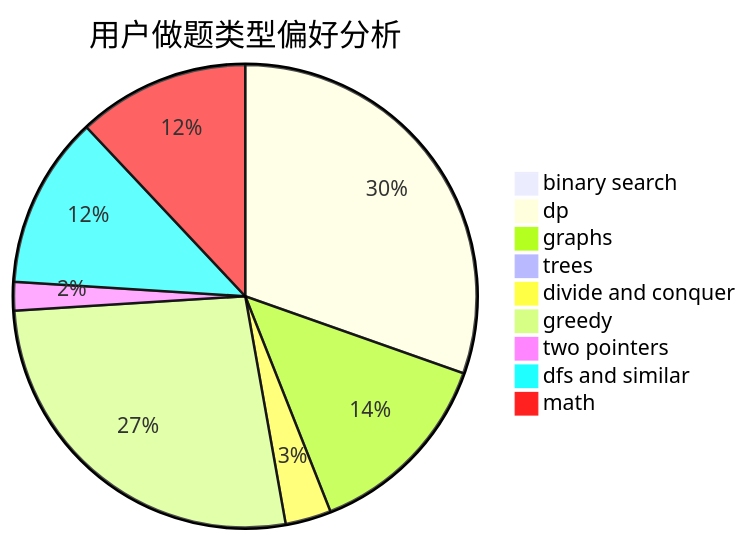
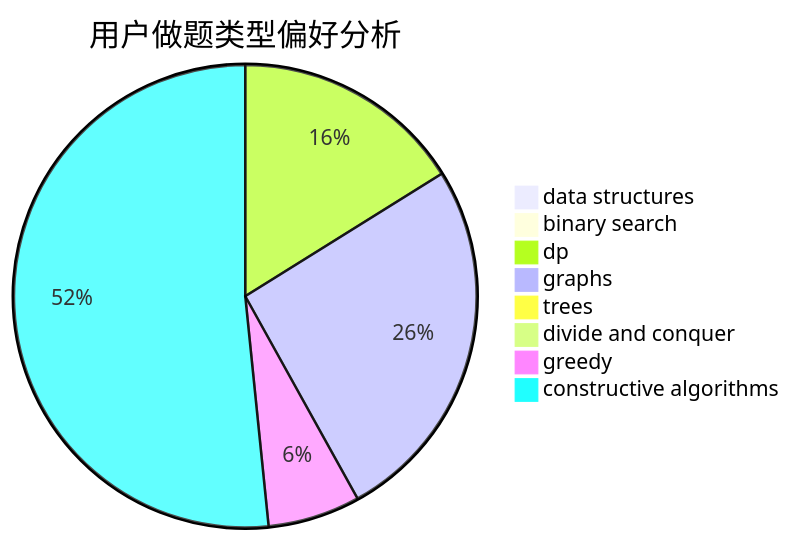
The second of 3 diagrams in docs/user/u423.md (sherpahu/cfrs.github.io), drawn with Mermaid before and after one commit. The commit also changed other lines of this file and 2775 other files, not shown here.

````diff
--- a/docs/user/u423.md
+++ b/docs/user/u423.md
@@ -23,12 +23,11 @@
 ```mermaid
 pie title 用户做题类型偏好分析
+    "data structures" :  0
     "binary search" :  0
-    "dp" :  76
-    "graphs" :  34
+    "dp" :  5
+    "graphs" :  8
     "trees" :  0
-    "divide and conquer" :  8
-    "greedy" :  67
-    "two pointers" :  5
-    "dfs and similar" :  30
-    "math" :  30
+    "divide and conquer" :  0
+    "greedy" :  2
+    "constructive algorithms" :  16
 ```
````
